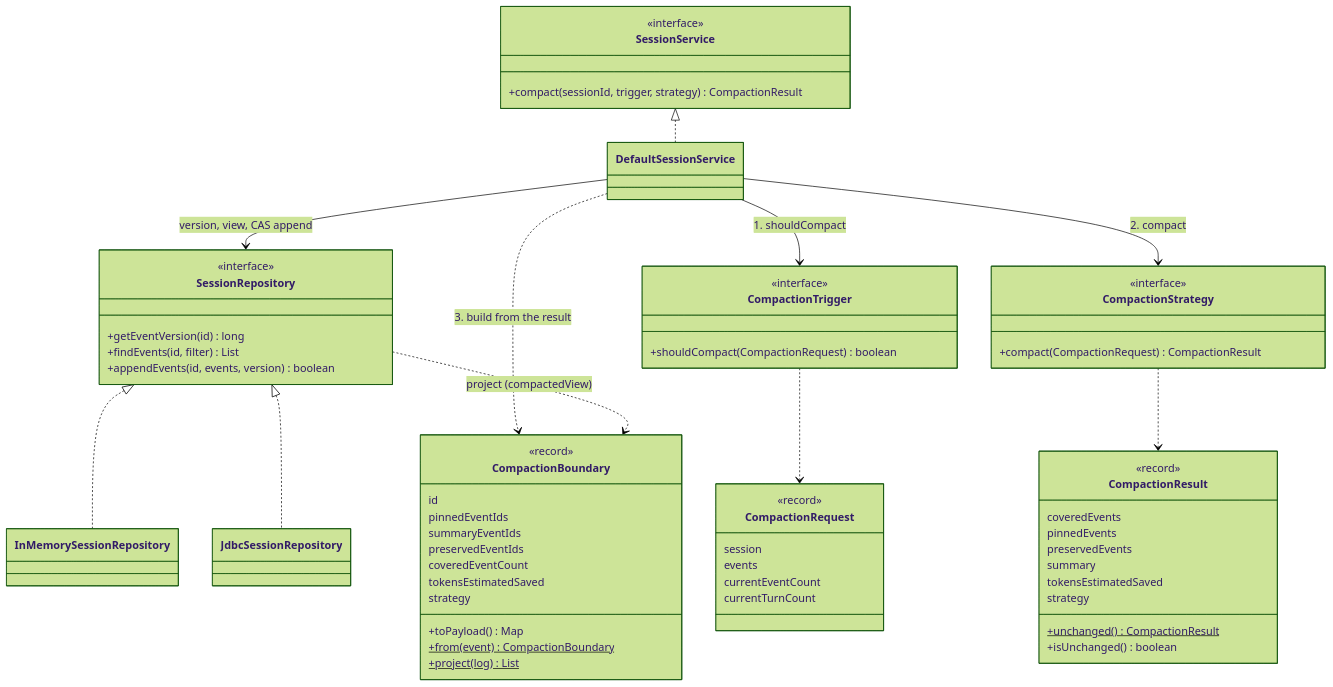
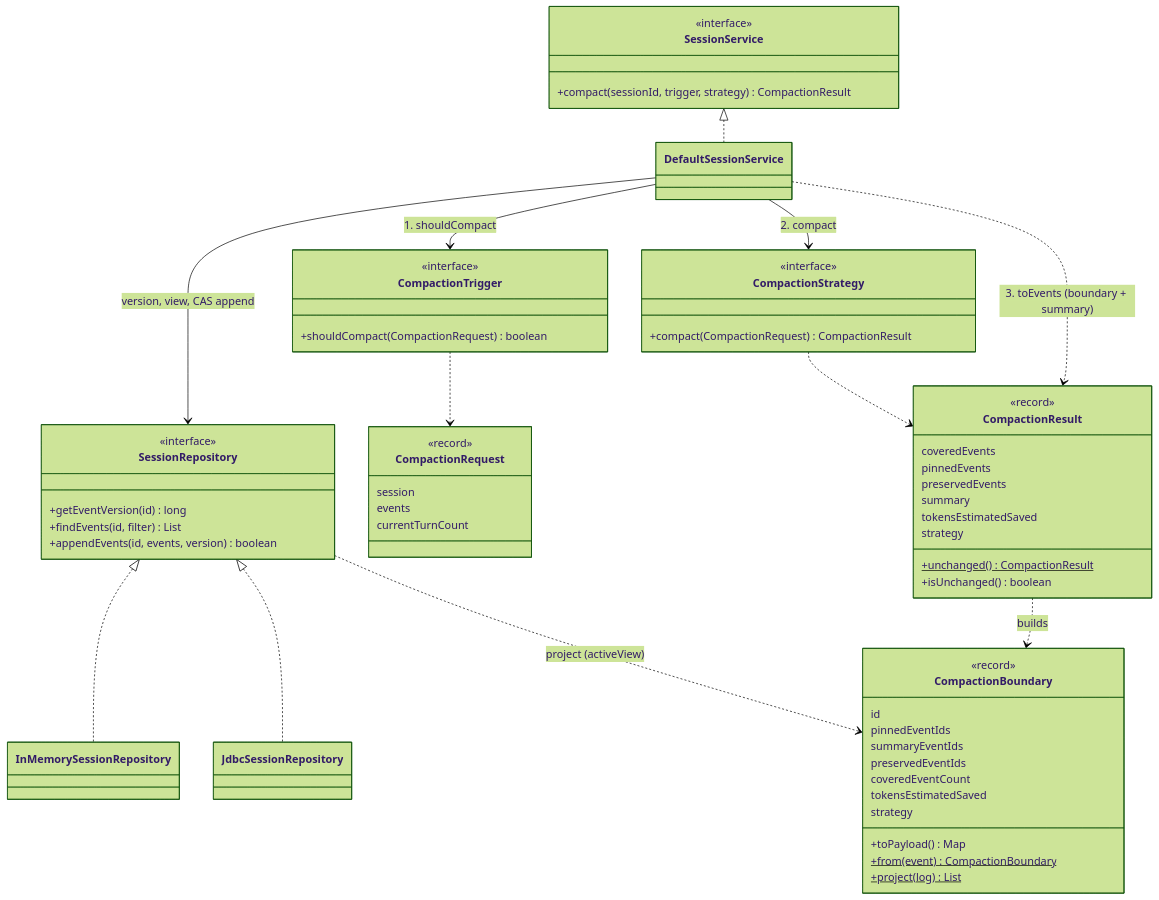
The first of 9 diagrams in docs/session-management/compaction-internals.md (spring-ai-community/spring-ai-session), drawn with Mermaid (forest theme) before and after one commit. The commit also changed other lines of this file and 65 other files, not shown here.

````diff
--- a/docs/session-management/compaction-internals.md
+++ b/docs/session-management/compaction-internals.md
@@ -41,69 +41,69 @@
 ```mermaid
 classDiagram
     direction TB
 
     class SessionService {
         <<interface>>
         +compact(sessionId, trigger, strategy) CompactionResult
     }
     class DefaultSessionService
     class SessionRepository {
         <<interface>>
         +getEventVersion(id) long
         +findEvents(id, filter) List
         +appendEvents(id, events, version) boolean
     }
     class InMemorySessionRepository
     class JdbcSessionRepository
 
     class CompactionTrigger {
         <<interface>>
         +shouldCompact(CompactionRequest) boolean
     }
     class CompactionStrategy {
         <<interface>>
         +compact(CompactionRequest) CompactionResult
     }
     class CompactionRequest {
         <<record>>
         session
         events
-        currentEventCount
         currentTurnCount
     }
     class CompactionResult {
         <<record>>
         coveredEvents
         pinnedEvents
         preservedEvents
         summary
         tokensEstimatedSaved
         strategy
         +unchanged()$ CompactionResult
         +isUnchanged() boolean
     }
     class CompactionBoundary {
         <<record>>
         id
         pinnedEventIds
         summaryEventIds
         preservedEventIds
         coveredEventCount
         tokensEstimatedSaved
         strategy
         +toPayload() Map
         +from(event)$ CompactionBoundary
         +project(log)$ List
     }
 
     SessionService <|.. DefaultSessionService
     DefaultSessionService --> SessionRepository : version, view, CAS append
     SessionRepository <|.. InMemorySessionRepository
     SessionRepository <|.. JdbcSessionRepository
     DefaultSessionService --> CompactionTrigger : 1. shouldCompact
     DefaultSessionService --> CompactionStrategy : 2. compact
-    DefaultSessionService ..> CompactionBoundary : 3. build from the result
+    DefaultSessionService ..> CompactionResult : 3. toEvents (boundary + summary)
+    CompactionResult ..> CompactionBoundary : builds
     CompactionTrigger ..> CompactionRequest
     CompactionStrategy ..> CompactionResult
-    SessionRepository ..> CompactionBoundary : project (compactedView)
+    SessionRepository ..> CompactionBoundary : project (activeView)
 ```
````
